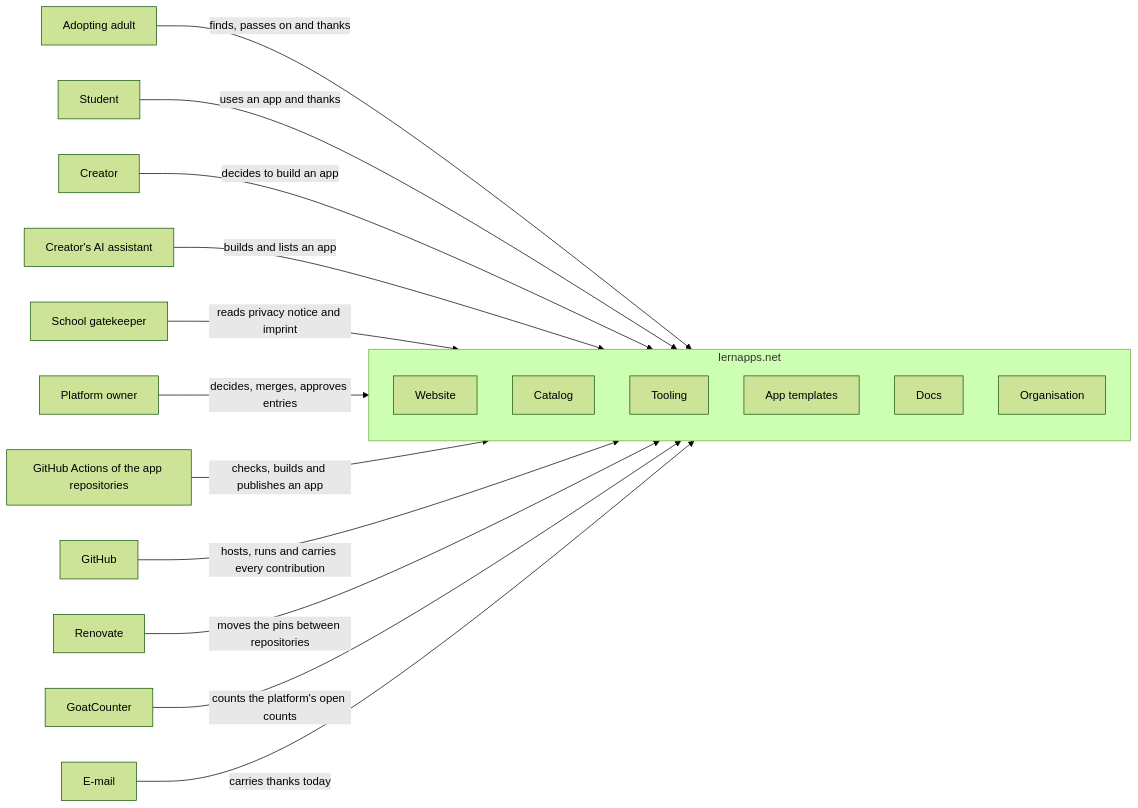
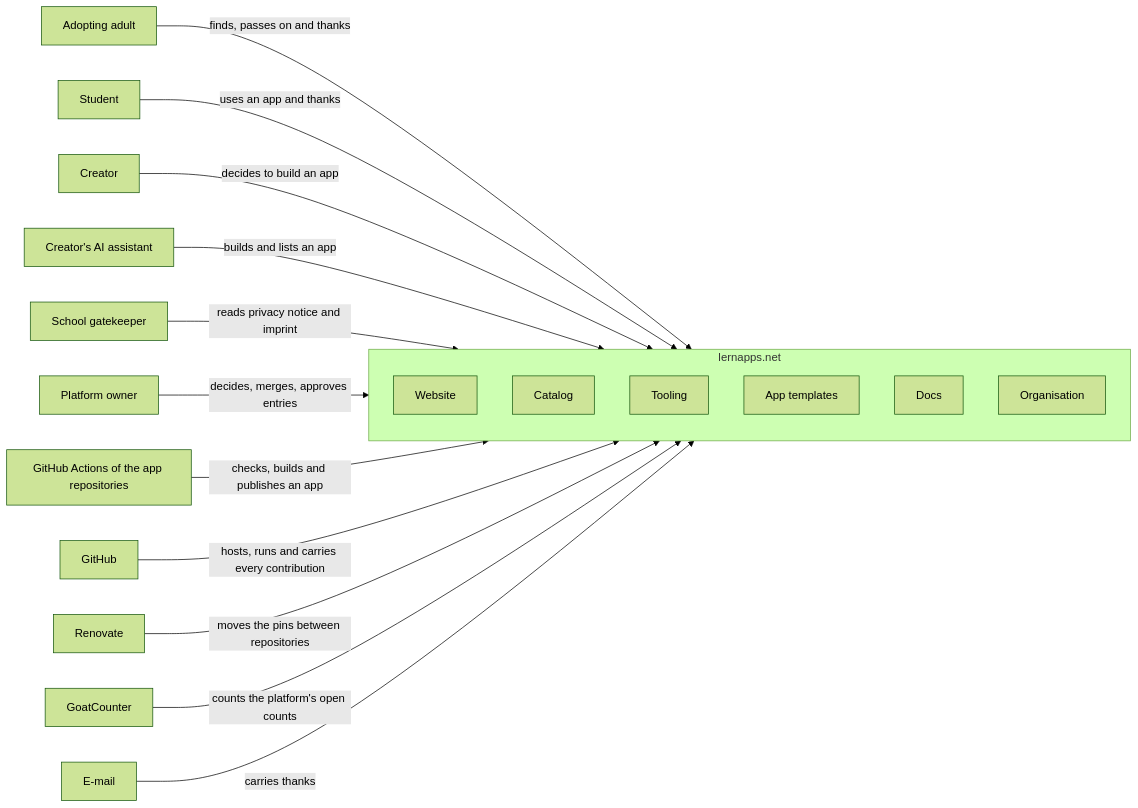
Before and after one commit to lernapps/docs: the diagram in docs/arc42/03-system-context.arc42.md, drawn with Mermaid (forest theme). The commit also changed other lines of this file and 20 other files, not shown here.

````diff
--- a/docs/arc42/03-system-context.arc42.md
+++ b/docs/arc42/03-system-context.arc42.md
@@ -18,33 +18,33 @@
 ```mermaid
 flowchart LR
     actor-adopting-adult["Adopting adult"]
     actor-student["Student"]
     actor-creator["Creator"]
     actor-ai-assistant["Creator's AI assistant"]
     actor-gatekeeper["School gatekeeper"]
     actor-platform-owner["Platform owner"]
     actor-app-repo-actions["GitHub Actions of the app repositories"]
     actor-github["GitHub"]
     actor-renovate["Renovate"]
     actor-goatcounter["GoatCounter"]
     actor-email["E-mail"]
     subgraph system["lernapps.net"]
         bb-website["Website"]
         bb-catalog["Catalog"]
         bb-tooling["Tooling"]
         bb-app-templates["App templates"]
         bb-docs["Docs"]
         bb-org["Organisation"]
     end
     actor-adopting-adult -->|"finds, passes on and thanks"| system
     actor-student -->|"uses an app and thanks"| system
     actor-creator -->|"decides to build an app"| system
     actor-ai-assistant -->|"builds and lists an app"| system
     actor-gatekeeper -->|"reads privacy notice and imprint"| system
     actor-platform-owner -->|"decides, merges, approves entries"| system
     actor-app-repo-actions -->|"checks, builds and publishes an app"| system
     actor-github -->|"hosts, runs and carries every contribution"| system
     actor-renovate -->|"moves the pins between repositories"| system
     actor-goatcounter -->|"counts the platform's open counts"| system
-    actor-email -->|"carries thanks today"| system
+    actor-email -->|"carries thanks"| system
 ```
````
